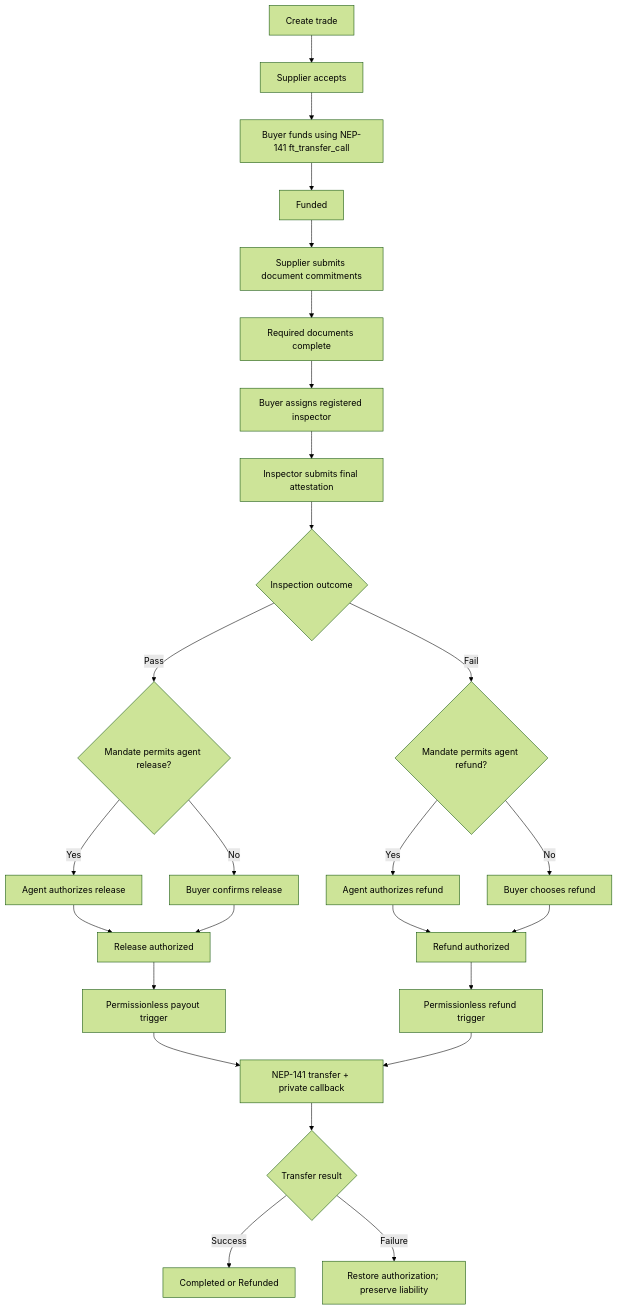
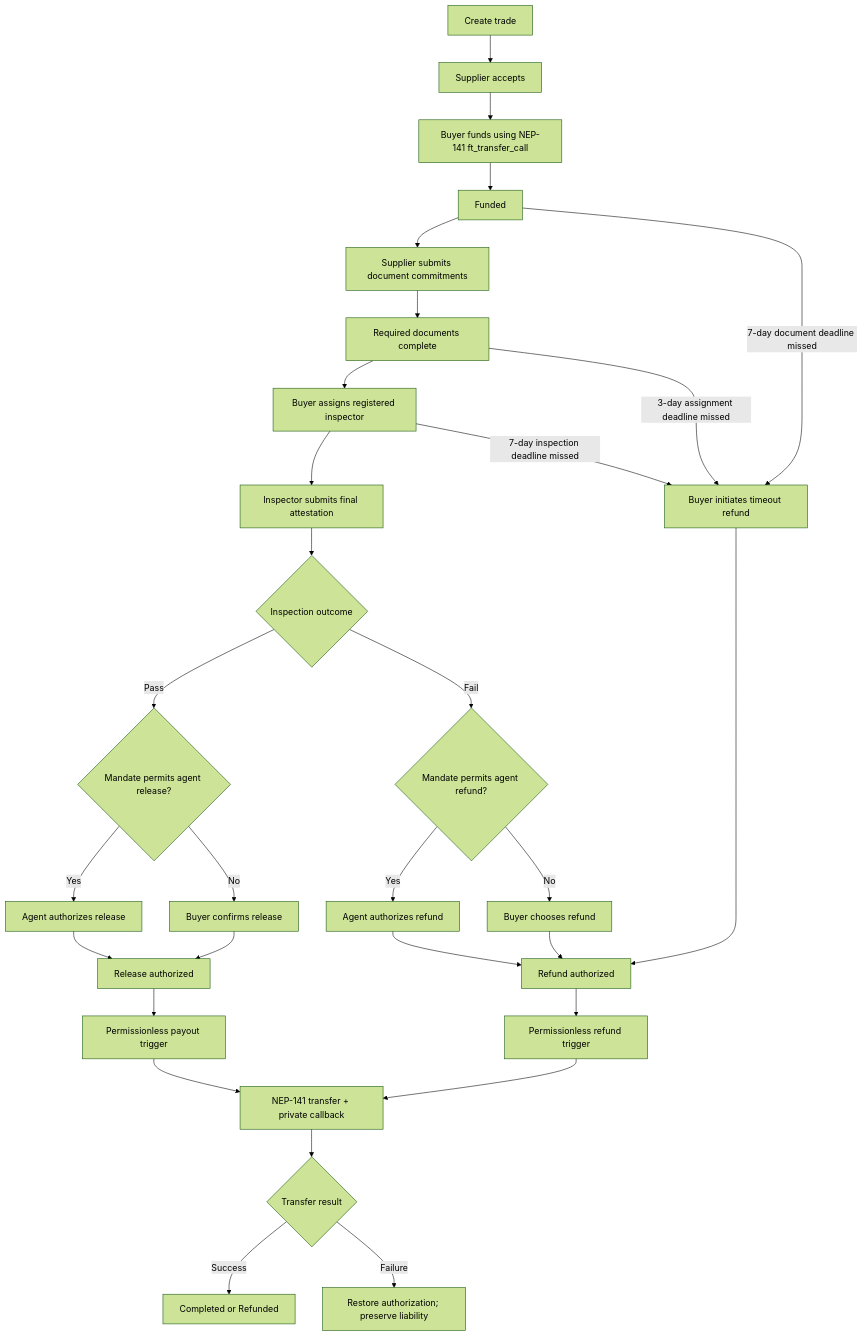
One commit to Gidy515/Riventa-finance- changed the second of 3 diagrams in README.md. Above: the diagram before and after it, drawn with Mermaid (forest theme). The commit also changed other lines of this file, not shown here.

Commit message:
docs: document timeout-based escrow recovery

````diff
--- a/README.md
+++ b/README.md
@@ -168,33 +173,38 @@
 ```mermaid
 flowchart TD
     A["Create trade"] --> B["Supplier accepts"]
     B --> C["Buyer funds using NEP-141 ft_transfer_call"]
     C --> D["Funded"]
     D --> E["Supplier submits document commitments"]
     E --> F["Required documents complete"]
     F --> G["Buyer assigns registered inspector"]
     G --> H["Inspector submits final attestation"]
+
+    D -->|7-day document deadline missed| X["Buyer initiates timeout refund"]
+    F -->|3-day assignment deadline missed| X
+    G -->|7-day inspection deadline missed| X
 
     H --> I{"Inspection outcome"}
     I -->|Pass| J{"Mandate permits agent release?"}
     J -->|Yes| K["Agent authorizes release"]
     J -->|No| L["Buyer confirms release"]
     I -->|Fail| M{"Mandate permits agent refund?"}
     M -->|Yes| N["Agent authorizes refund"]
     M -->|No| O["Buyer chooses refund"]
 
     K --> P["Release authorized"]
     L --> P
     N --> Q["Refund authorized"]
     O --> Q
+    X --> Q
 
     P --> R["Permissionless payout trigger"]
     Q --> S["Permissionless refund trigger"]
 
     R --> T["NEP-141 transfer + private callback"]
     S --> T
 
     T --> U{"Transfer result"}
     U -->|Success| V["Completed or Refunded"]
     U -->|Failure| W["Restore authorization; preserve liability"]
 ```
````
